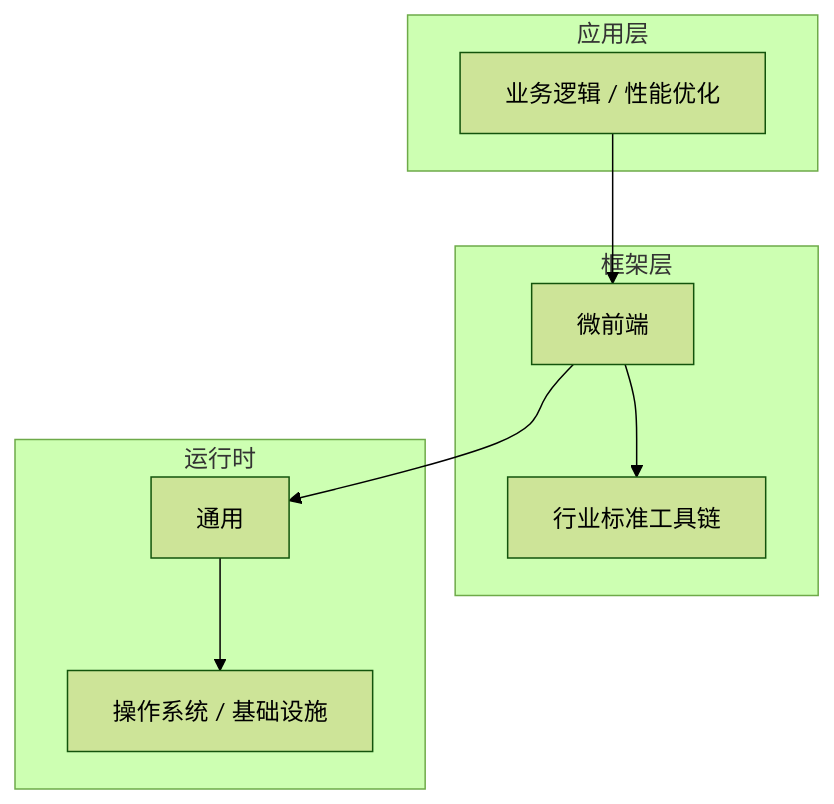
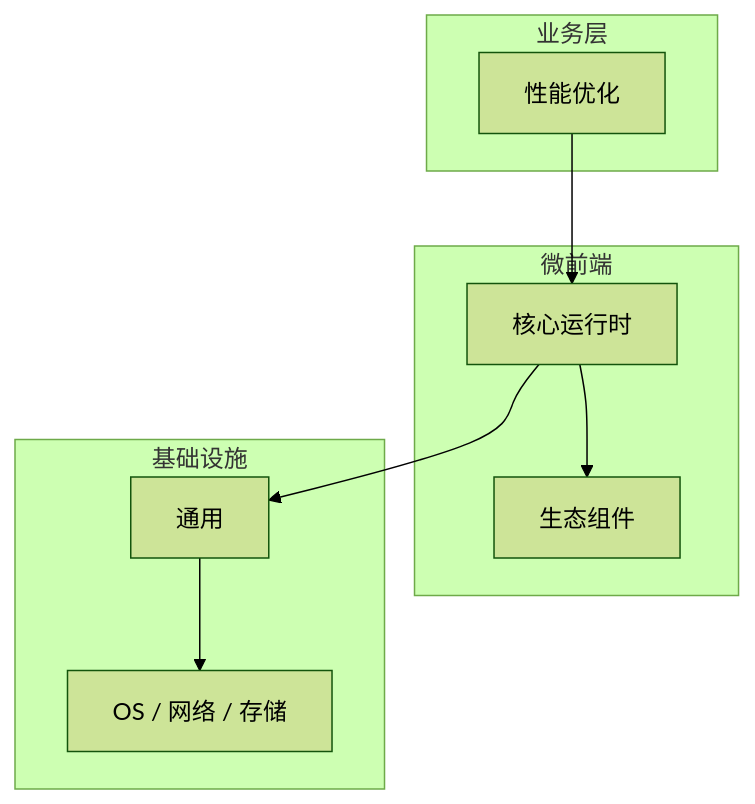
Before and after one commit to yanggan2015/knowledge-json-v2: the diagram in articles/微前端/chapters/071-性能优化核心概念与原理.md, drawn with Mermaid (forest theme). The commit also changed other lines of this file and 10127 other files, not shown here.

````diff
--- a/articles/微前端/chapters/071-性能优化核心概念与原理.md
+++ b/articles/微前端/chapters/071-性能优化核心概念与原理.md
@@ -45,18 +34,18 @@
 ```mermaid
 graph TB
-    subgraph 应用层
-        A[业务逻辑 / 性能优化]
+    subgraph 业务层
+        A[性能优化]
     end
-    subgraph 框架层
-        B[微前端]
-        C[行业标准工具链]
+    subgraph 微前端
+        B[核心运行时]
+        C[生态组件]
     end
-    subgraph 运行时
+    subgraph 基础设施
         D[通用]
-        E[操作系统 / 基础设施]
+        E[OS / 网络 / 存储]
     end
     A --> B
     B --> C
     B --> D
     D --> E
 ```
````
